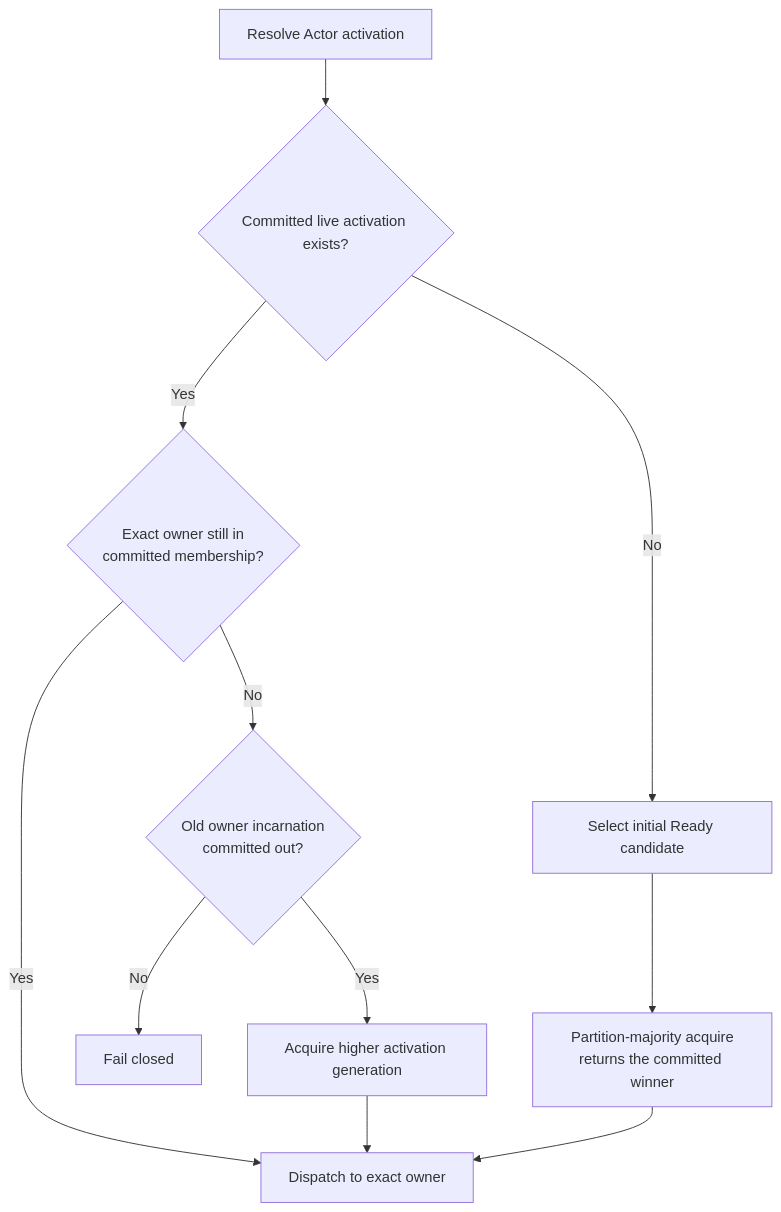
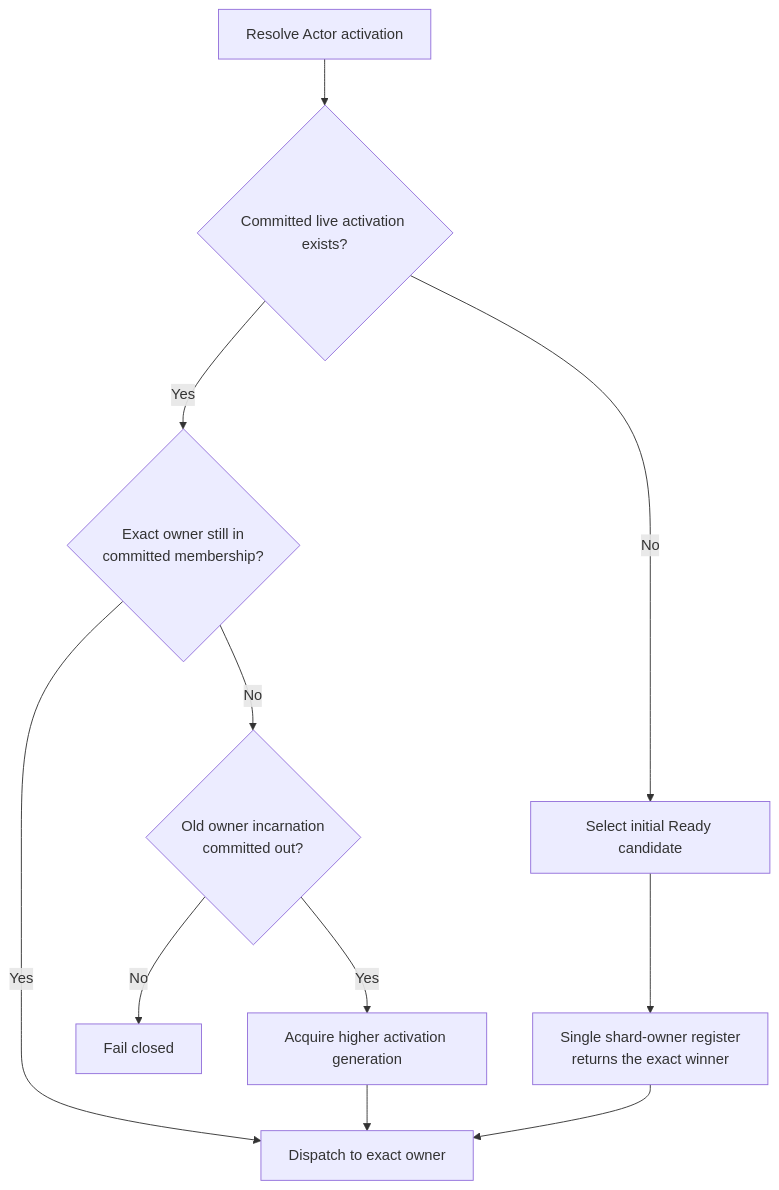
Before and after one commit to bruce48x/Lakona: diagram 13 of 15 in docs/cluster.md, drawn with Mermaid. The commit also changed other lines of this file and 120 other files, not shown here.

````diff
--- a/docs/cluster.md
+++ b/docs/cluster.md
@@ -709,13 +706,13 @@
 ```mermaid
 flowchart TD
     R["Resolve Actor activation"] --> E{"Committed live activation exists?"}
     E -- "Yes" --> V{"Exact owner still in<br/>committed membership?"}
     V -- "Yes" --> D["Dispatch to exact owner"]
     V -- "No" --> F{"Old owner incarnation<br/>committed out?"}
     F -- "No" --> X["Fail closed"]
     F -- "Yes" --> H["Acquire higher activation generation"]
     E -- "No" --> P["Select initial Ready candidate"]
-    P --> A["Partition-majority acquire<br/>returns the committed winner"]
+    P --> A["Single shard-owner register<br/>returns the exact winner"]
     A --> D
     H --> D
 ```
````
